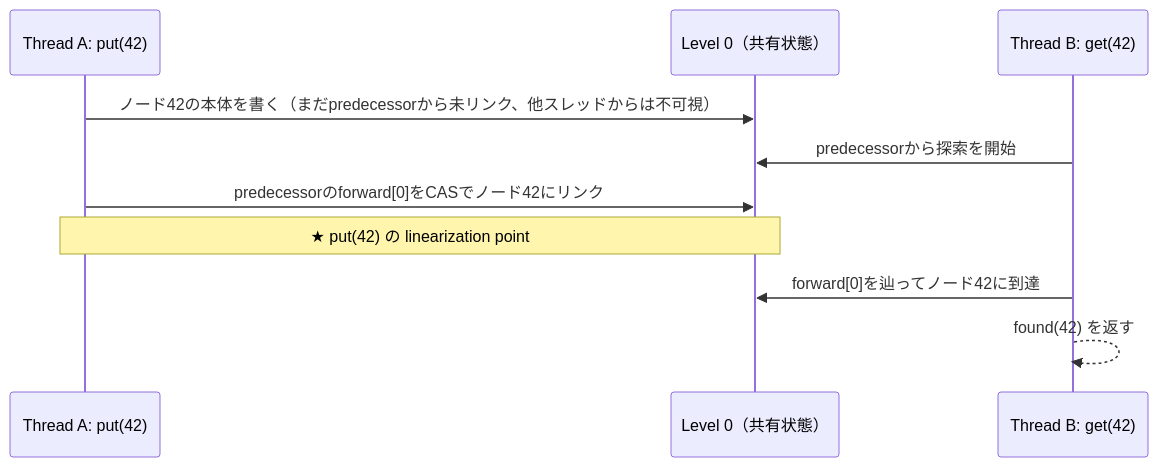
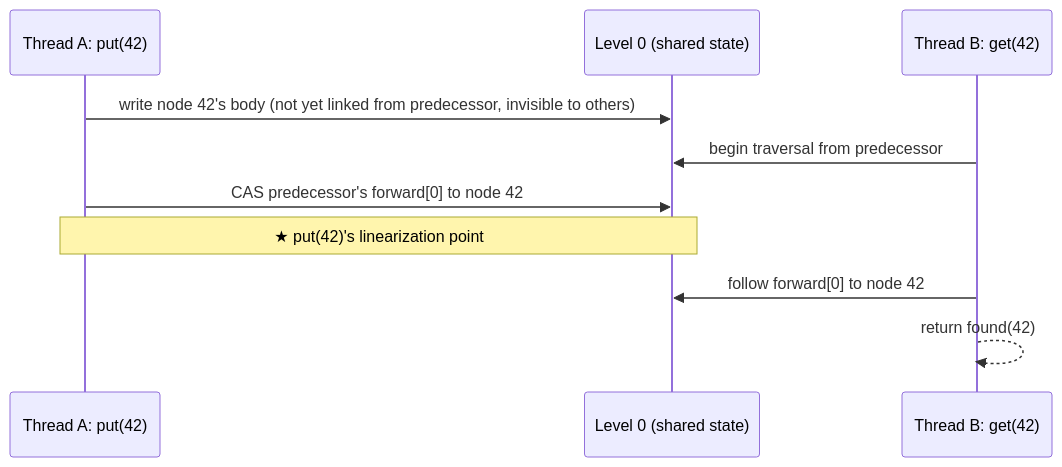
Before and after one commit to wasanemon/VMemKV: the third of 3 diagrams in implementation/pskiplist/high_level_design.md, drawn with Mermaid. The commit also changed other lines of this file and 6 other files, not shown here.

````diff
--- a/implementation/pskiplist/high_level_design.md
+++ b/implementation/pskiplist/high_level_design.md
@@ -275,13 +200,13 @@
 ```mermaid
 sequenceDiagram
     participant A as Thread A: put(42)
-    participant L0 as Level 0（共有状態）
+    participant L0 as Level 0 (shared state)
     participant B as Thread B: get(42)
 
-    A->>L0: ノード42の本体を書く（まだpredecessorから未リンク、他スレッドからは不可視）
-    B->>L0: predecessorから探索を開始
-    A->>L0: predecessorのforward[0]をCASでノード42にリンク
-    Note over A,L0: ★ put(42) の linearization point
-    B->>L0: forward[0]を辿ってノード42に到達
-    B-->>B: found(42) を返す
+    A->>L0: write node 42's body (not yet linked from predecessor, invisible to others)
+    B->>L0: begin traversal from predecessor
+    A->>L0: CAS predecessor's forward[0] to node 42
+    Note over A,L0: ★ put(42)'s linearization point
+    B->>L0: follow forward[0] to node 42
+    B-->>B: return found(42)
 ```
````
